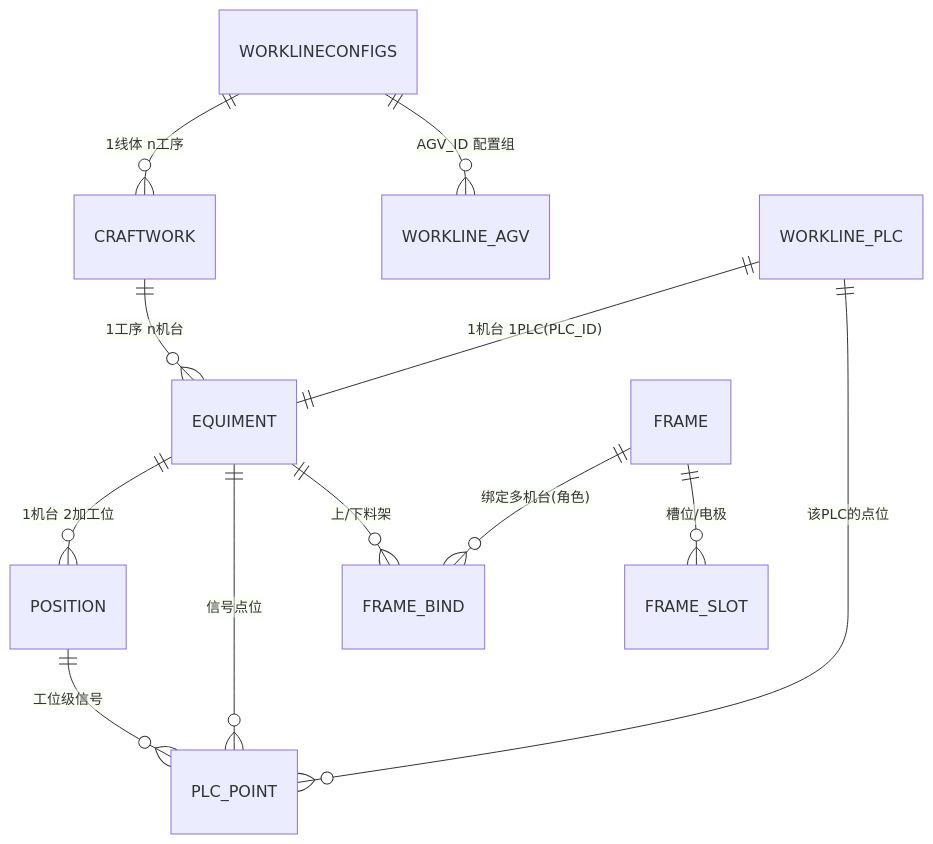
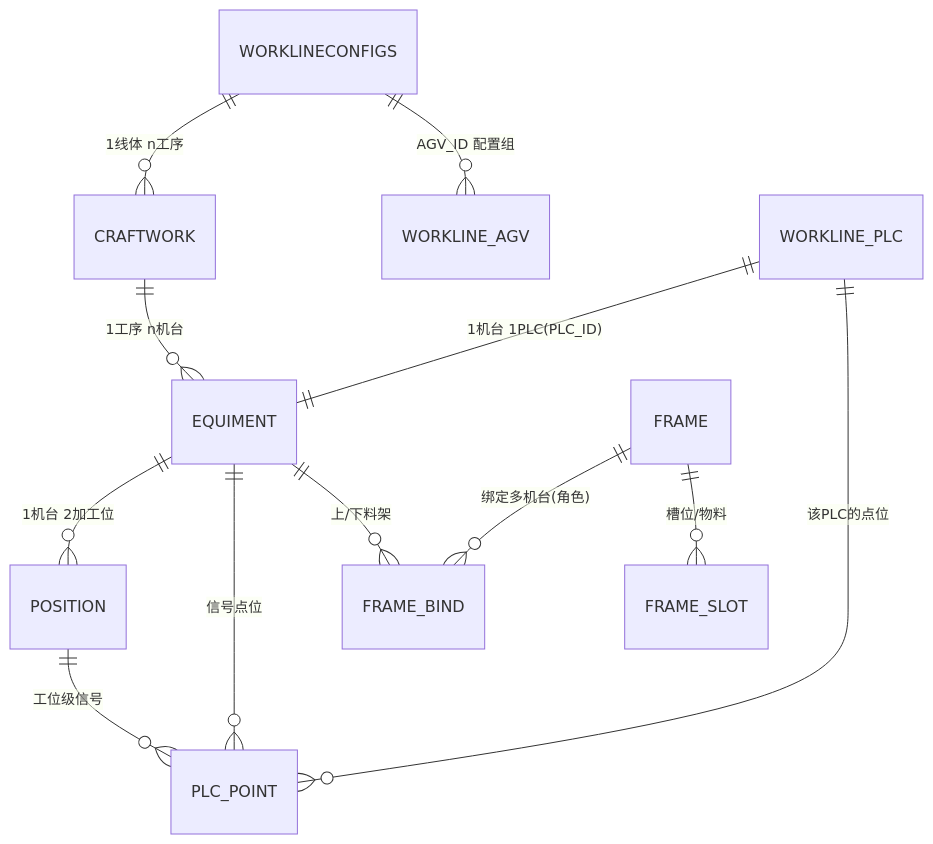
Before and after one commit to rui-xiaomi/CNC: the diagram in docs/数据库文档.md, drawn with Mermaid. The commit also changed other lines of this file and 52 other files, not shown here.

````diff
--- a/docs/数据库文档.md
+++ b/docs/数据库文档.md
@@ -59,14 +59,14 @@
 ```mermaid
 erDiagram
     WORKLINECONFIGS ||--o{ CRAFTWORK : "1线体 n工序"
     WORKLINECONFIGS ||--o{ WORKLINE_AGV : "AGV_ID 配置组"
     CRAFTWORK ||--o{ EQUIMENT : "1工序 n机台"
     WORKLINE_PLC ||--|| EQUIMENT : "1机台 1PLC(PLC_ID)"
     WORKLINE_PLC ||--o{ PLC_POINT : "该PLC的点位"
     EQUIMENT ||--o{ POSITION : "1机台 2加工位"
     EQUIMENT ||--o{ PLC_POINT : "信号点位"
     POSITION ||--o{ PLC_POINT : "工位级信号"
     FRAME ||--o{ FRAME_BIND : "绑定多机台(角色)"
     EQUIMENT ||--o{ FRAME_BIND : "上/下料架"
-    FRAME ||--o{ FRAME_SLOT : "槽位/电极"
+    FRAME ||--o{ FRAME_SLOT : "槽位/物料"
 ```
````
